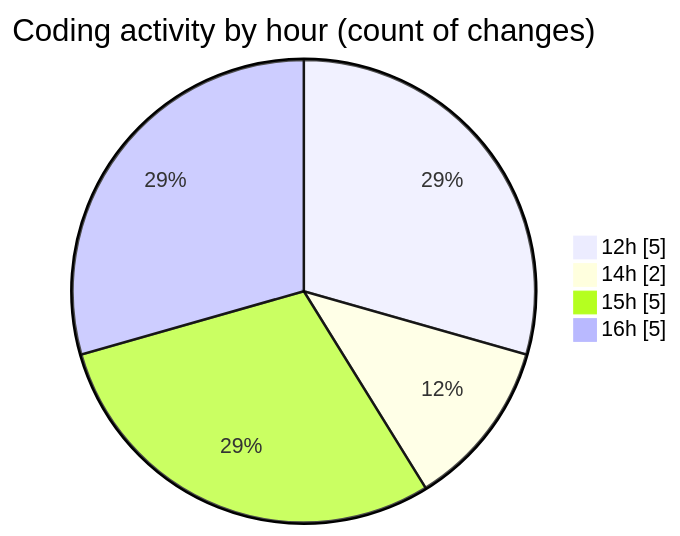
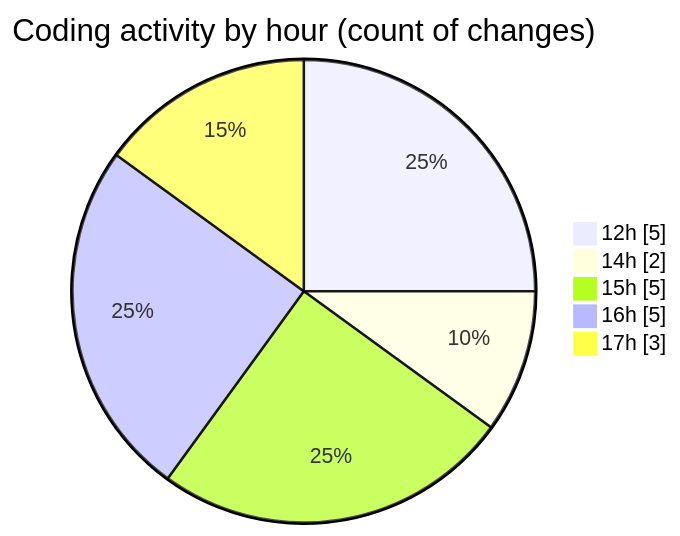
The second of 2 diagrams in 2026-05-04/cilapp/README.md (ricardozamudiocil/code-tracking), drawn with Mermaid before and after one commit. The commit also changed other lines of this file and 1 other file, not shown here.

````diff
--- a/2026-05-04/cilapp/README.md
+++ b/2026-05-04/cilapp/README.md
@@ -37,8 +37,9 @@
 ```mermaid
 pie showData
 title Coding activity by hour (count of changes)
 "12h" : 5
 "14h" : 2
 "15h" : 5
 "16h" : 5
+"17h" : 3
 ```
````
